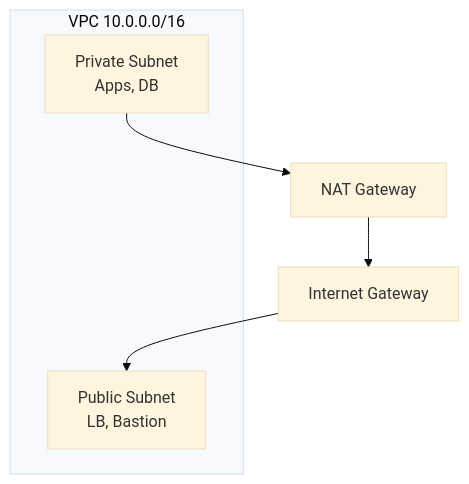
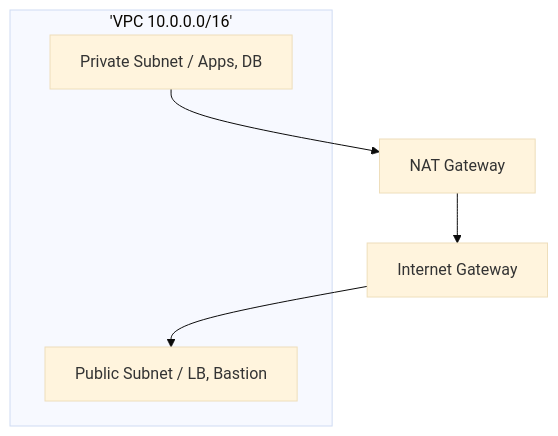
Before and after one commit to hareramcse/SystemDesign: the tenth of 47 diagrams in 11-cloud-and-kubernetes/README.md, drawn with Mermaid (base theme). The commit also changed other lines of this file and 14 other files, not shown here.

````diff
--- a/11-cloud-and-kubernetes/README.md
+++ b/11-cloud-and-kubernetes/README.md
@@ -517,9 +517,9 @@
 ```mermaid
 flowchart TB
-    subgraph VPC["VPC 10.0.0.0/16"]
-        Pub[Public Subnet<br/>LB, Bastion]
-        Priv[Private Subnet<br/>Apps, DB]
+    subgraph VPC['VPC 10.0.0.0/16']
+        Pub[Public Subnet / LB, Bastion]
+        Priv[Private Subnet / Apps, DB]
     end
     IGW[Internet Gateway] --> Pub
     Priv --> NAT[NAT Gateway] --> IGW
 ```
````
